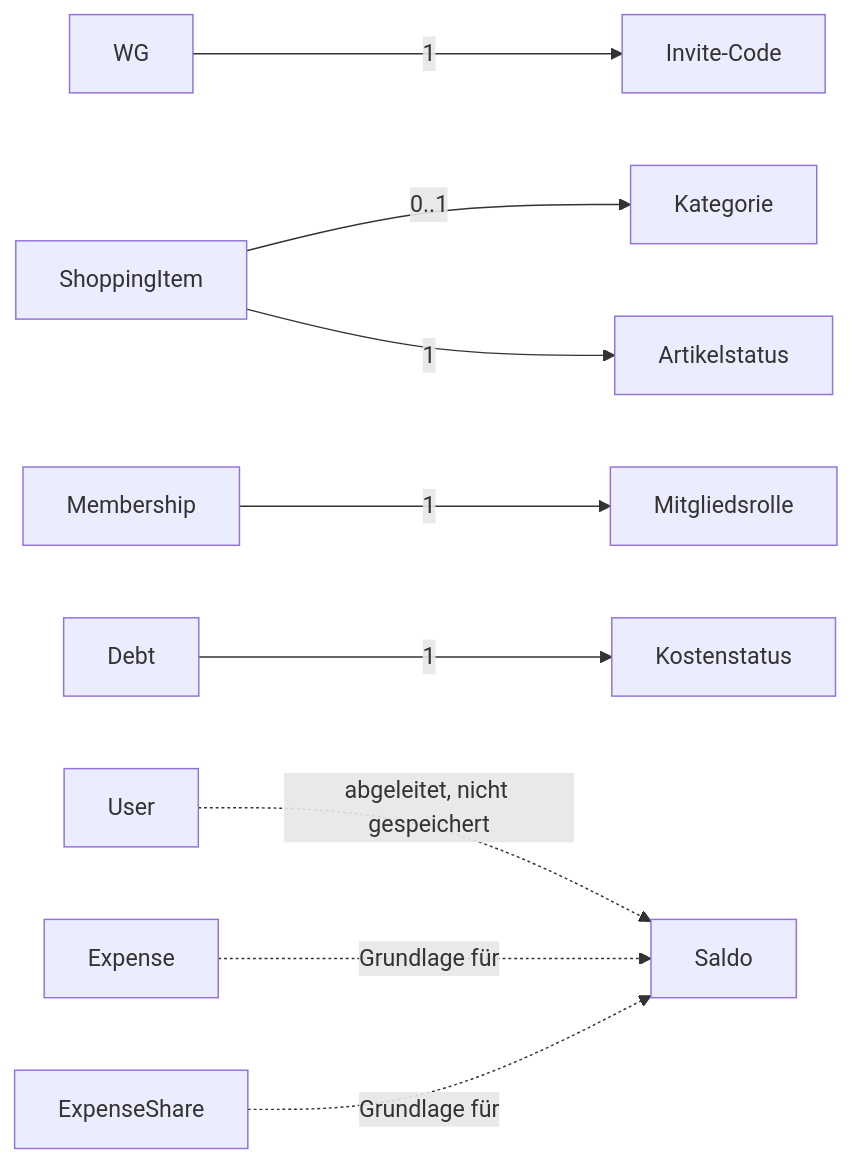
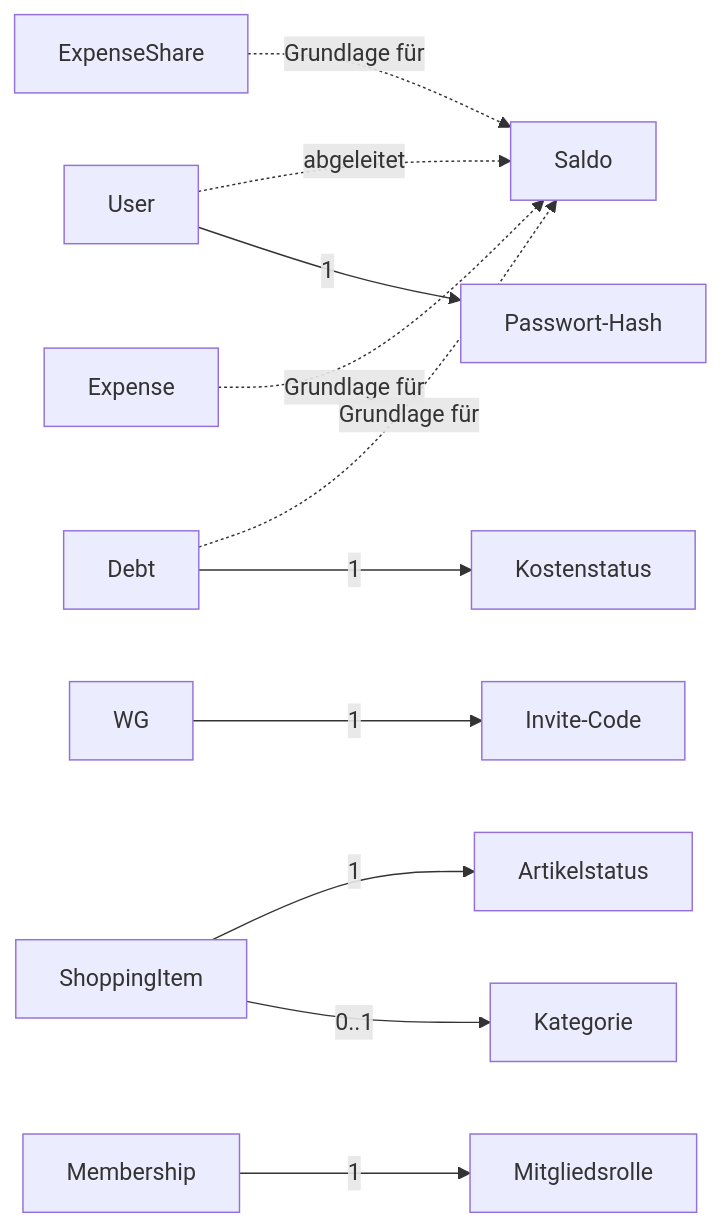
The diagram in docs/spec/D2-datentypen.md (Viny005/wg-shopsync), drawn with Mermaid before and after one commit. The commit also changed other lines of this file, not shown here.

First line of the commit message:
docs(spec): D2 um passwort-hash und datentypbeziehungen ergänzt

````diff
--- a/docs/spec/D2-datentypen.md
+++ b/docs/spec/D2-datentypen.md
@@ -217,11 +235,14 @@
 ```mermaid
 graph LR
+    User -->|"1"| PasswortHash["Passwort-Hash"]
     WG -->|"1"| InviteCode["Invite-Code"]
     ShoppingItem -->|"0..1"| Kategorie["Kategorie"]
     ShoppingItem -->|"1"| Artikelstatus["Artikelstatus"]
     Membership -->|"1"| Mitgliedsrolle["Mitgliedsrolle"]
     Debt -->|"1"| Kostenstatus["Kostenstatus"]
-    User -.->|"abgeleitet, nicht gespeichert"| Saldo["Saldo"]
+
+    User -.->|"abgeleitet"| Saldo["Saldo"]
     Expense -.->|"Grundlage für"| Saldo
     ExpenseShare -.->|"Grundlage für"| Saldo
+    Debt -.->|"Grundlage für"| Saldo
 ```
````
